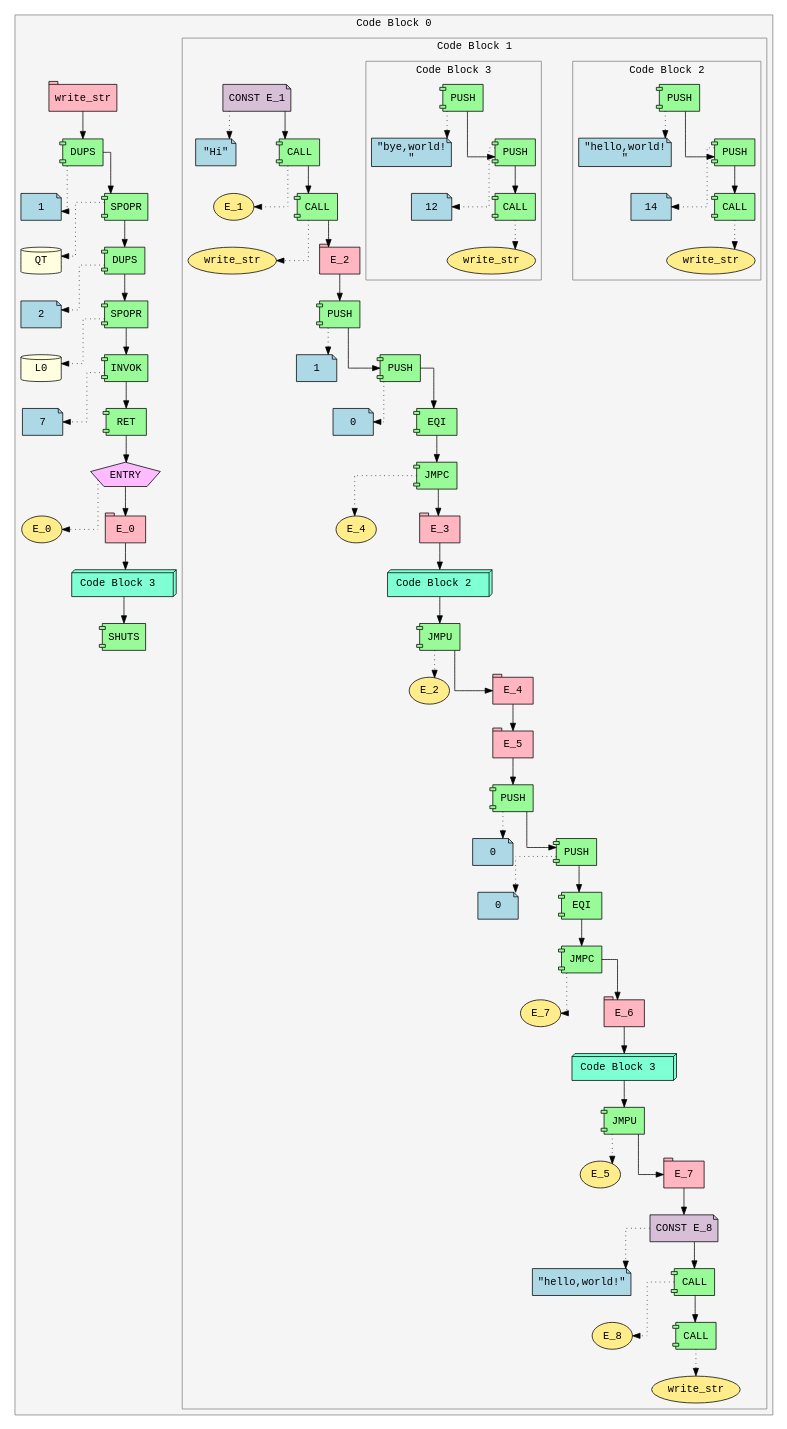
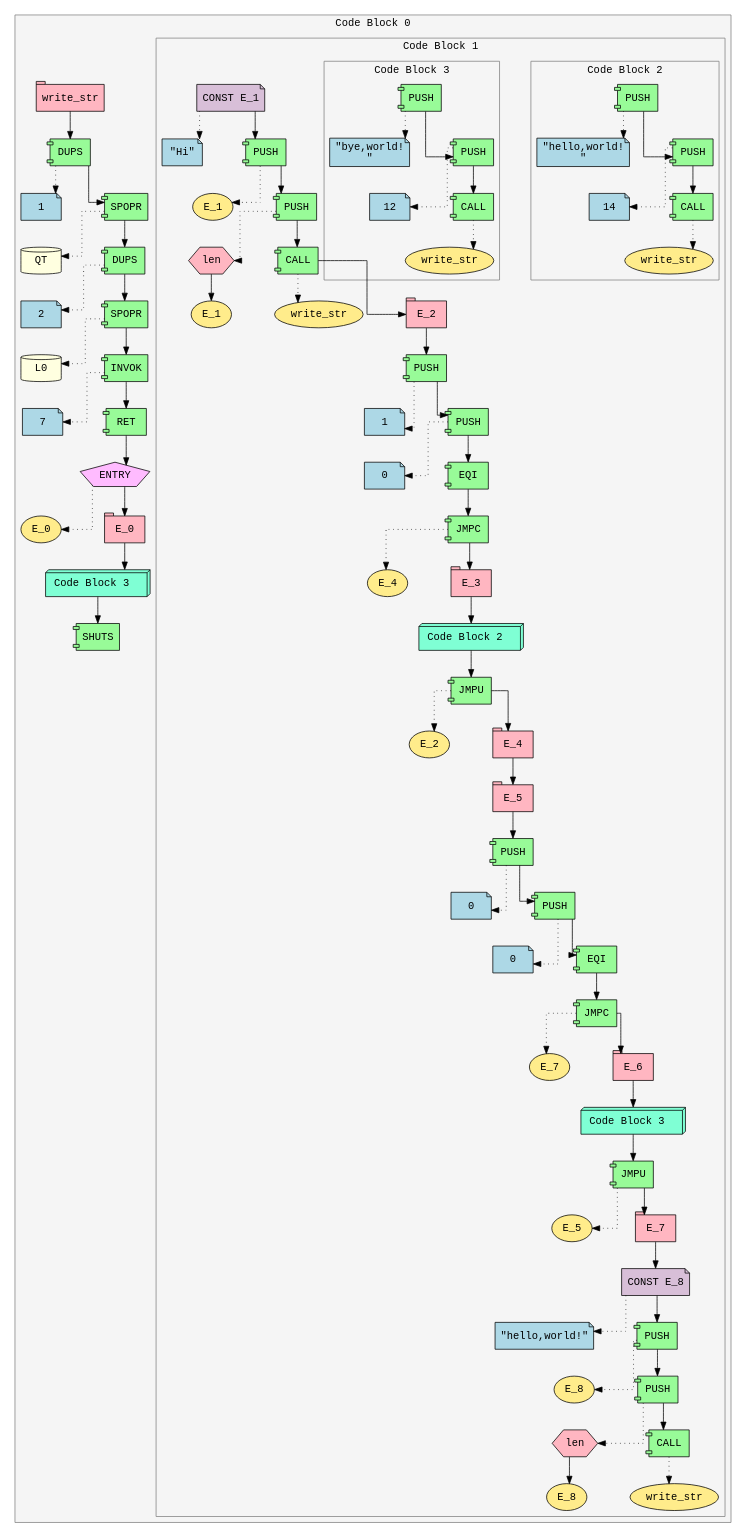
One commit to Soham-Metha/IICT_Segfault_2025 changed the diagram in ir.dot. Above: the diagram before and after it, drawn with Graphviz. The commit also changed 3 other files, not shown here.

```diff
--- a/ir.dot
+++ b/ir.dot
@@ -46,118 +46,130 @@
 Expr_17 [shape=note style=filled fillcolor=thistle fontname="Courier" label="CONST E_1"]
 Expr_18 [shape=note style=filled fillcolor=lightblue fontname="Courier" label="\"Hi\""]
 Expr_17 -> Expr_18 [style=dotted]
-Expr_19 [shape=component style=filled fillcolor=palegreen fontname="Courier" label="CALL"]
+Expr_19 [shape=component style=filled fillcolor=palegreen fontname="Courier" label="PUSH"]
 Expr_20 [shape=ellipse style=filled fillcolor=lightgoldenrod1 fontname="Courier" label="E_1"]
 Expr_19 -> Expr_20 [style=dotted]
 Expr_17 -> Expr_19;
-Expr_21 [shape=component style=filled fillcolor=palegreen fontname="Courier" label="CALL"]
-Expr_22 [shape=ellipse style=filled fillcolor=lightgoldenrod1 fontname="Courier" label="write_str"]
+Expr_21 [shape=component style=filled fillcolor=palegreen fontname="Courier" label="PUSH"]
+Expr_22 [shape=hexagon style=filled fillcolor=lightpink fontname="Courier" label="len"]
+Expr_23 [shape=ellipse style=filled fillcolor=lightgoldenrod1 fontname="Courier" label="E_1"]
+Expr_22 -> Expr_23
 Expr_21 -> Expr_22 [style=dotted]
 Expr_19 -> Expr_21;
-Expr_23 [shape=tab style=filled fillcolor=lightpink fontname="Courier" label="E_2"]
-Expr_21 -> Expr_23;
-Expr_24 [shape=component style=filled fillcolor=palegreen fontname="Courier" label="PUSH"]
-Expr_25 [shape=note style=filled fillcolor=lightblue fontname="Courier" label="1"]
+Expr_24 [shape=component style=filled fillcolor=palegreen fontname="Courier" label="CALL"]
+Expr_25 [shape=ellipse style=filled fillcolor=lightgoldenrod1 fontname="Courier" label="write_str"]
 Expr_24 -> Expr_25 [style=dotted]
-Expr_23 -> Expr_24;
-Expr_26 [shape=component style=filled fillcolor=palegreen fontname="Courier" label="PUSH"]
-Expr_27 [shape=note style=filled fillcolor=lightblue fontname="Courier" label="0"]
-Expr_26 -> Expr_27 [style=dotted]
+Expr_21 -> Expr_24;
+Expr_26 [shape=tab style=filled fillcolor=lightpink fontname="Courier" label="E_2"]
 Expr_24 -> Expr_26;
-Expr_28 [shape=component style=filled fillcolor=palegreen fontname="Courier" label="EQI"]
-Expr_26 -> Expr_28;
-Expr_29 [shape=component style=filled fillcolor=palegreen fontname="Courier" label="JMPC"]
-Expr_30 [shape=ellipse style=filled fillcolor=lightgoldenrod1 fontname="Courier" label="E_4"]
+Expr_27 [shape=component style=filled fillcolor=palegreen fontname="Courier" label="PUSH"]
+Expr_28 [shape=note style=filled fillcolor=lightblue fontname="Courier" label="1"]
+Expr_27 -> Expr_28 [style=dotted]
+Expr_26 -> Expr_27;
+Expr_29 [shape=component style=filled fillcolor=palegreen fontname="Courier" label="PUSH"]
+Expr_30 [shape=note style=filled fillcolor=lightblue fontname="Courier" label="0"]
 Expr_29 -> Expr_30 [style=dotted]
-Expr_28 -> Expr_29;
-Expr_31 [shape=tab style=filled fillcolor=lightpink fontname="Courier" label="E_3"]
+Expr_27 -> Expr_29;
+Expr_31 [shape=component style=filled fillcolor=palegreen fontname="Courier" label="EQI"]
 Expr_29 -> Expr_31;
-subgraph cluster_32 {
+Expr_32 [shape=component style=filled fillcolor=palegreen fontname="Courier" label="JMPC"]
+Expr_33 [shape=ellipse style=filled fillcolor=lightgoldenrod1 fontname="Courier" label="E_4"]
+Expr_32 -> Expr_33 [style=dotted]
+Expr_31 -> Expr_32;
+Expr_34 [shape=tab style=filled fillcolor=lightpink fontname="Courier" label="E_3"]
+Expr_32 -> Expr_34;
+subgraph cluster_35 {
 label="Code Block 2 ";
 style=filled;
 color=gray;
 fillcolor=whitesmoke;
 fontname="Courier";
-Expr_33 [shape=component style=filled fillcolor=palegreen fontname="Courier" label="PUSH"]
-Expr_34 [shape=note style=filled fillcolor=lightblue fontname="Courier" label="\"hello,world!\n\""]
-Expr_33 -> Expr_34 [style=dotted]
-Expr_35 [shape=component style=filled fillcolor=palegreen fontname="Courier" label="PUSH"]
-Expr_36 [shape=note style=filled fillcolor=lightblue fontname="Courier" label="14"]
-Expr_35 -> Expr_36 [style=dotted]
-Expr_33 -> Expr_35;
-Expr_37 [shape=component style=filled fillcolor=palegreen fontname="Courier" label="CALL"]
-Expr_38 [shape=ellipse style=filled fillcolor=lightgoldenrod1 fontname="Courier" label="write_str"]
-Expr_37 -> Expr_38 [style=dotted]
-Expr_35 -> Expr_37;
+Expr_36 [shape=component style=filled fillcolor=palegreen fontname="Courier" label="PUSH"]
+Expr_37 [shape=note style=filled fillcolor=lightblue fontname="Courier" label="\"hello,world!\n\""]
+Expr_36 -> Expr_37 [style=dotted]
+Expr_38 [shape=component style=filled fillcolor=palegreen fontname="Courier" label="PUSH"]
+Expr_39 [shape=note style=filled fillcolor=lightblue fontname="Courier" label="14"]
+Expr_38 -> Expr_39 [style=dotted]
+Expr_36 -> Expr_38;
+Expr_40 [shape=component style=filled fillcolor=palegreen fontname="Courier" label="CALL"]
+Expr_41 [shape=ellipse style=filled fillcolor=lightgoldenrod1 fontname="Courier" label="write_str"]
+Expr_40 -> Expr_41 [style=dotted]
+Expr_38 -> Expr_40;
 }
-Expr_32 [shape=box3d style=filled fillcolor=aquamarine fontname="Courier" label=" Code Block 2  "]
-Expr_31 -> Expr_32;
-Expr_39 [shape=component style=filled fillcolor=palegreen fontname="Courier" label="JMPU"]
-Expr_40 [shape=ellipse style=filled fillcolor=lightgoldenrod1 fontname="Courier" label="E_2"]
-Expr_39 -> Expr_40 [style=dotted]
-Expr_32 -> Expr_39;
-Expr_41 [shape=tab style=filled fillcolor=lightpink fontname="Courier" label="E_4"]
-Expr_39 -> Expr_41;
-Expr_42 [shape=tab style=filled fillcolor=lightpink fontname="Courier" label="E_5"]
-Expr_41 -> Expr_42;
-Expr_43 [shape=component style=filled fillcolor=palegreen fontname="Courier" label="PUSH"]
-Expr_44 [shape=note style=filled fillcolor=lightblue fontname="Courier" label="0"]
-Expr_43 -> Expr_44 [style=dotted]
-Expr_42 -> Expr_43;
-Expr_45 [shape=component style=filled fillcolor=palegreen fontname="Courier" label="PUSH"]
-Expr_46 [shape=note style=filled fillcolor=lightblue fontname="Courier" label="0"]
-Expr_45 -> Expr_46 [style=dotted]
-Expr_43 -> Expr_45;
-Expr_47 [shape=component style=filled fillcolor=palegreen fontname="Courier" label="EQI"]
-Expr_45 -> Expr_47;
-Expr_48 [shape=component style=filled fillcolor=palegreen fontname="Courier" label="JMPC"]
-Expr_49 [shape=ellipse style=filled fillcolor=lightgoldenrod1 fontname="Courier" label="E_7"]
+Expr_35 [shape=box3d style=filled fillcolor=aquamarine fontname="Courier" label=" Code Block 2  "]
+Expr_34 -> Expr_35;
+Expr_42 [shape=component style=filled fillcolor=palegreen fontname="Courier" label="JMPU"]
+Expr_43 [shape=ellipse style=filled fillcolor=lightgoldenrod1 fontname="Courier" label="E_2"]
+Expr_42 -> Expr_43 [style=dotted]
+Expr_35 -> Expr_42;
+Expr_44 [shape=tab style=filled fillcolor=lightpink fontname="Courier" label="E_4"]
+Expr_42 -> Expr_44;
+Expr_45 [shape=tab style=filled fillcolor=lightpink fontname="Courier" label="E_5"]
+Expr_44 -> Expr_45;
+Expr_46 [shape=component style=filled fillcolor=palegreen fontname="Courier" label="PUSH"]
+Expr_47 [shape=note style=filled fillcolor=lightblue fontname="Courier" label="0"]
+Expr_46 -> Expr_47 [style=dotted]
+Expr_45 -> Expr_46;
+Expr_48 [shape=component style=filled fillcolor=palegreen fontname="Courier" label="PUSH"]
+Expr_49 [shape=note style=filled fillcolor=lightblue fontname="Courier" label="0"]
 Expr_48 -> Expr_49 [style=dotted]
-Expr_47 -> Expr_48;
-Expr_50 [shape=tab style=filled fillcolor=lightpink fontname="Courier" label="E_6"]
+Expr_46 -> Expr_48;
+Expr_50 [shape=component style=filled fillcolor=palegreen fontname="Courier" label="EQI"]
 Expr_48 -> Expr_50;
-subgraph cluster_51 {
+Expr_51 [shape=component style=filled fillcolor=palegreen fontname="Courier" label="JMPC"]
+Expr_52 [shape=ellipse style=filled fillcolor=lightgoldenrod1 fontname="Courier" label="E_7"]
+Expr_51 -> Expr_52 [style=dotted]
+Expr_50 -> Expr_51;
+Expr_53 [shape=tab style=filled fillcolor=lightpink fontname="Courier" label="E_6"]
+Expr_51 -> Expr_53;
+subgraph cluster_54 {
 label="Code Block 3 ";
 style=filled;
 color=gray;
 fillcolor=whitesmoke;
 fontname="Courier";
-Expr_52 [shape=component style=filled fillcolor=palegreen fontname="Courier" label="PUSH"]
-Expr_53 [shape=note style=filled fillcolor=lightblue fontname="Courier" label="\"bye,world!\n\""]
-Expr_52 -> Expr_53 [style=dotted]
-Expr_54 [shape=component style=filled fillcolor=palegreen fontname="Courier" label="PUSH"]
-Expr_55 [shape=note style=filled fillcolor=lightblue fontname="Courier" label="12"]
-Expr_54 -> Expr_55 [style=dotted]
-Expr_52 -> Expr_54;
-Expr_56 [shape=component style=filled fillcolor=palegreen fontname="Courier" label="CALL"]
-Expr_57 [shape=ellipse style=filled fillcolor=lightgoldenrod1 fontname="Courier" label="write_str"]
-Expr_56 -> Expr_57 [style=dotted]
-Expr_54 -> Expr_56;
+Expr_55 [shape=component style=filled fillcolor=palegreen fontname="Courier" label="PUSH"]
+Expr_56 [shape=note style=filled fillcolor=lightblue fontname="Courier" label="\"bye,world!\n\""]
+Expr_55 -> Expr_56 [style=dotted]
+Expr_57 [shape=component style=filled fillcolor=palegreen fontname="Courier" label="PUSH"]
+Expr_58 [shape=note style=filled fillcolor=lightblue fontname="Courier" label="12"]
+Expr_57 -> Expr_58 [style=dotted]
+Expr_55 -> Expr_57;
+Expr_59 [shape=component style=filled fillcolor=palegreen fontname="Courier" label="CALL"]
+Expr_60 [shape=ellipse style=filled fillcolor=lightgoldenrod1 fontname="Courier" label="write_str"]
+Expr_59 -> Expr_60 [style=dotted]
+Expr_57 -> Expr_59;
 }
-Expr_51 [shape=box3d style=filled fillcolor=aquamarine fontname="Courier" label=" Code Block 3  "]
-Expr_50 -> Expr_51;
-Expr_58 [shape=component style=filled fillcolor=palegreen fontname="Courier" label="JMPU"]
-Expr_59 [shape=ellipse style=filled fillcolor=lightgoldenrod1 fontname="Courier" label="E_5"]
-Expr_58 -> Expr_59 [style=dotted]
-Expr_51 -> Expr_58;
-Expr_60 [shape=tab style=filled fillcolor=lightpink fontname="Courier" label="E_7"]
-Expr_58 -> Expr_60;
-Expr_61 [shape=note style=filled fillcolor=thistle fontname="Courier" label="CONST E_8"]
-Expr_62 [shape=note style=filled fillcolor=lightblue fontname="Courier" label="\"hello,world!\""]
+Expr_54 [shape=box3d style=filled fillcolor=aquamarine fontname="Courier" label=" Code Block 3  "]
+Expr_53 -> Expr_54;
+Expr_61 [shape=component style=filled fillcolor=palegreen fontname="Courier" label="JMPU"]
+Expr_62 [shape=ellipse style=filled fillcolor=lightgoldenrod1 fontname="Courier" label="E_5"]
 Expr_61 -> Expr_62 [style=dotted]
-Expr_60 -> Expr_61;
-Expr_63 [shape=component style=filled fillcolor=palegreen fontname="Courier" label="CALL"]
-Expr_64 [shape=ellipse style=filled fillcolor=lightgoldenrod1 fontname="Courier" label="E_8"]
-Expr_63 -> Expr_64 [style=dotted]
+Expr_54 -> Expr_61;
+Expr_63 [shape=tab style=filled fillcolor=lightpink fontname="Courier" label="E_7"]
 Expr_61 -> Expr_63;
-Expr_65 [shape=component style=filled fillcolor=palegreen fontname="Courier" label="CALL"]
-Expr_66 [shape=ellipse style=filled fillcolor=lightgoldenrod1 fontname="Courier" label="write_str"]
-Expr_65 -> Expr_66 [style=dotted]
-Expr_63 -> Expr_65;
+Expr_64 [shape=note style=filled fillcolor=thistle fontname="Courier" label="CONST E_8"]
+Expr_65 [shape=note style=filled fillcolor=lightblue fontname="Courier" label="\"hello,world!\""]
+Expr_64 -> Expr_65 [style=dotted]
+Expr_63 -> Expr_64;
+Expr_66 [shape=component style=filled fillcolor=palegreen fontname="Courier" label="PUSH"]
+Expr_67 [shape=ellipse style=filled fillcolor=lightgoldenrod1 fontname="Courier" label="E_8"]
+Expr_66 -> Expr_67 [style=dotted]
+Expr_64 -> Expr_66;
+Expr_68 [shape=component style=filled fillcolor=palegreen fontname="Courier" label="PUSH"]
+Expr_69 [shape=hexagon style=filled fillcolor=lightpink fontname="Courier" label="len"]
+Expr_70 [shape=ellipse style=filled fillcolor=lightgoldenrod1 fontname="Courier" label="E_8"]
+Expr_69 -> Expr_70
+Expr_68 -> Expr_69 [style=dotted]
+Expr_66 -> Expr_68;
+Expr_71 [shape=component style=filled fillcolor=palegreen fontname="Courier" label="CALL"]
+Expr_72 [shape=ellipse style=filled fillcolor=lightgoldenrod1 fontname="Courier" label="write_str"]
+Expr_71 -> Expr_72 [style=dotted]
+Expr_68 -> Expr_71;
 }
 Expr_16 [shape=box3d style=filled fillcolor=aquamarine fontname="Courier" label=" Code Block 3  "]
 Expr_15 -> Expr_16;
-Expr_67 [shape=component style=filled fillcolor=palegreen fontname="Courier" label="SHUTS"]
-Expr_16 -> Expr_67;
+Expr_73 [shape=component style=filled fillcolor=palegreen fontname="Courier" label="SHUTS"]
+Expr_16 -> Expr_73;
 }
 }
```
